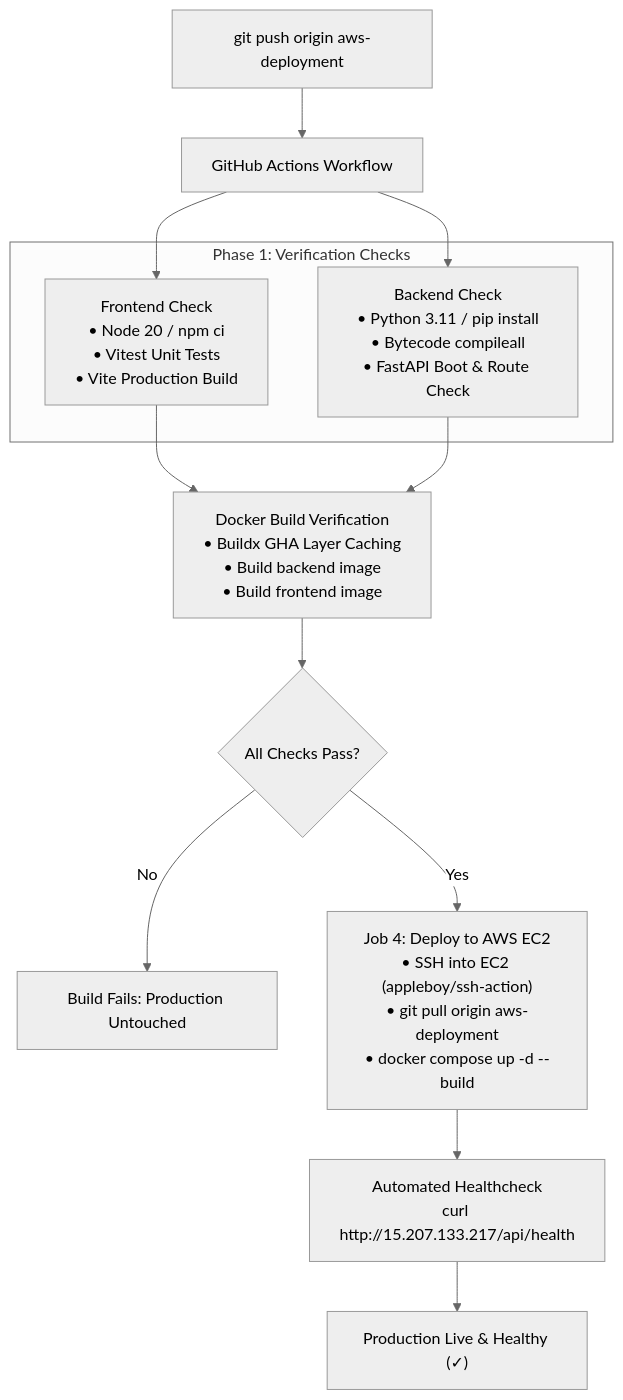
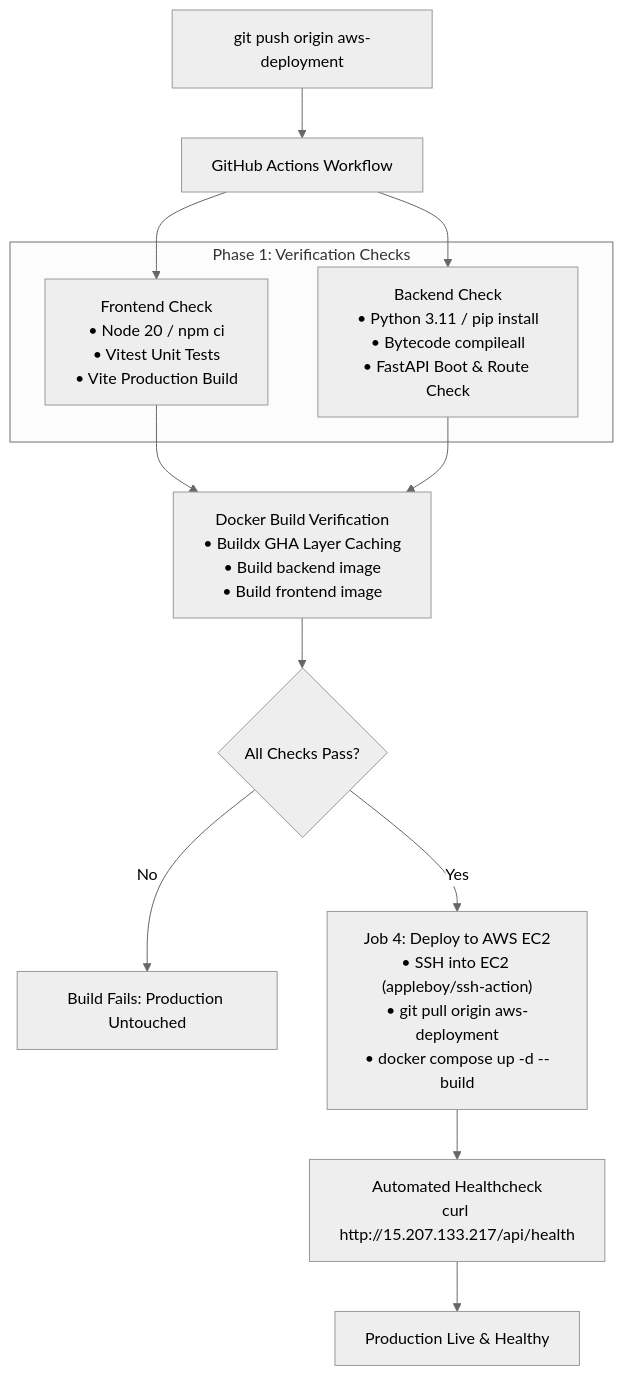
The third of 3 diagrams in README.md (Aditya1026-05/poultry), drawn with Mermaid (neutral theme) before and after one commit. The commit also changed other lines of this file, not shown here.

````diff
--- a/README.md
+++ b/README.md
@@ -191,21 +191,21 @@
 ```mermaid
 flowchart TD
     Push["git push origin aws-deployment"] --> CI["GitHub Actions Workflow"]
     
     subgraph Parallel_Checks ["Phase 1: Verification Checks"]
         Job1["Frontend Check\n• Node 20 / npm ci\n• Vitest Unit Tests\n• Vite Production Build"]
         Job2["Backend Check\n• Python 3.11 / pip install\n• Bytecode compileall\n• FastAPI Boot & Route Check"]
     end
 
     CI --> Job1
     CI --> Job2
     Job1 --> Job3["Docker Build Verification\n• Buildx GHA Layer Caching\n• Build backend image\n• Build frontend image"]
     Job2 --> Job3
 
     Job3 --> Gate{"All Checks Pass?"}
     Gate -- No --> Halt["Build Fails: Production Untouched"]
     Gate -- Yes --> Deploy["Job 4: Deploy to AWS EC2\n• SSH into EC2 (appleboy/ssh-action)\n• git pull origin aws-deployment\n• docker compose up -d --build"]
     
     Deploy --> Health["Automated Healthcheck\ncurl http://15.207.133.217/api/health"]
-    Health --> Live["Production Live & Healthy (✓)"]
+    Health --> Live["Production Live & Healthy"]
 ```
````
